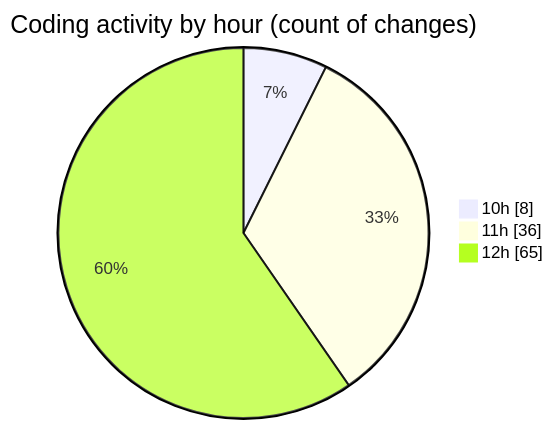
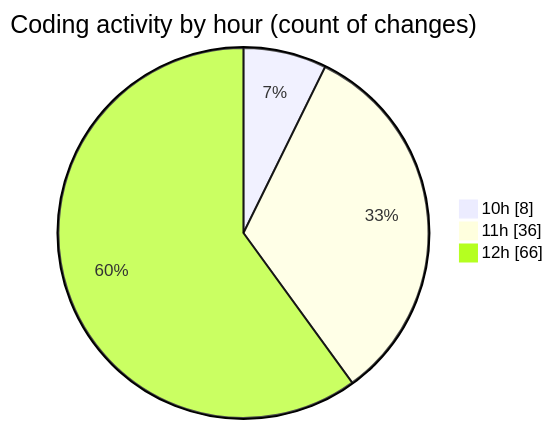
The second of 2 diagrams in 2025-05-16/python_app_deploy/README.md (CELIANVF/code-tracking), drawn with Mermaid before and after one commit. The commit also changed other lines of this file and 1 other file, not shown here.

````diff
--- a/2025-05-16/python_app_deploy/README.md
+++ b/2025-05-16/python_app_deploy/README.md
@@ -53,7 +53,7 @@
 ```mermaid
 pie showData
 title Coding activity by hour (count of changes)
 "10h" : 8
 "11h" : 36
-"12h" : 65
+"12h" : 66
 ```
````
